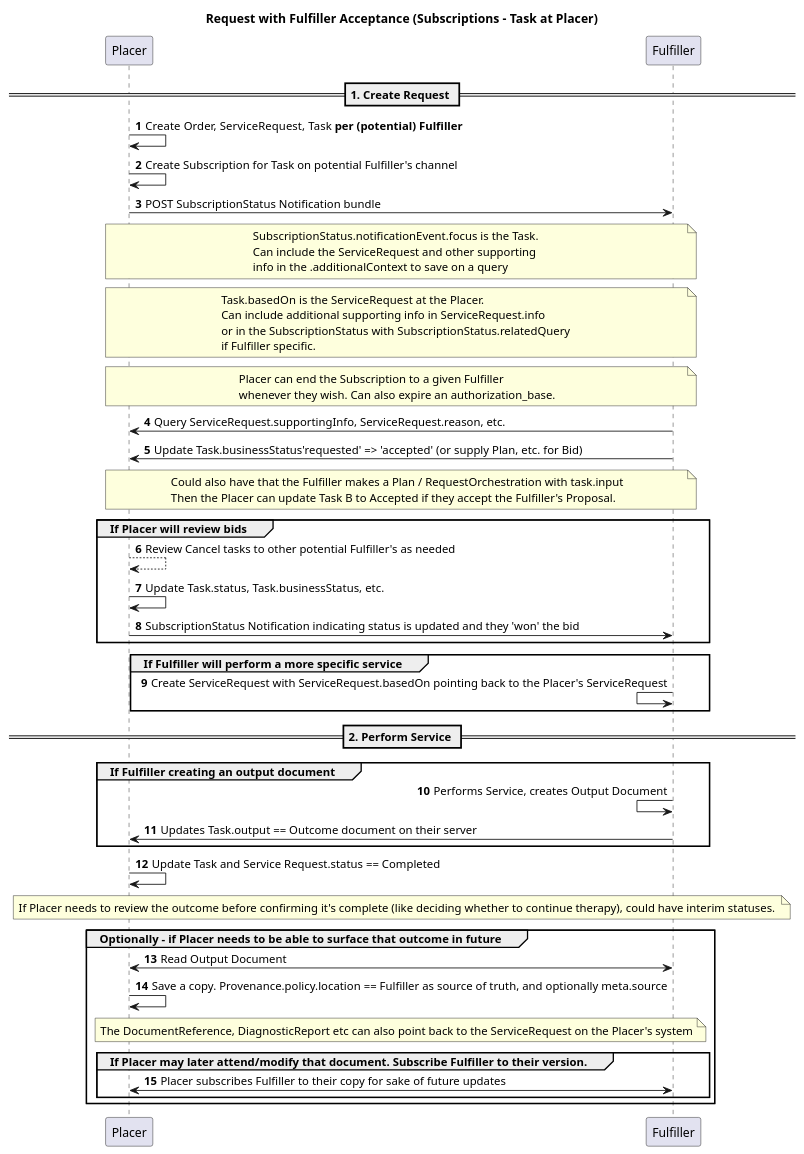
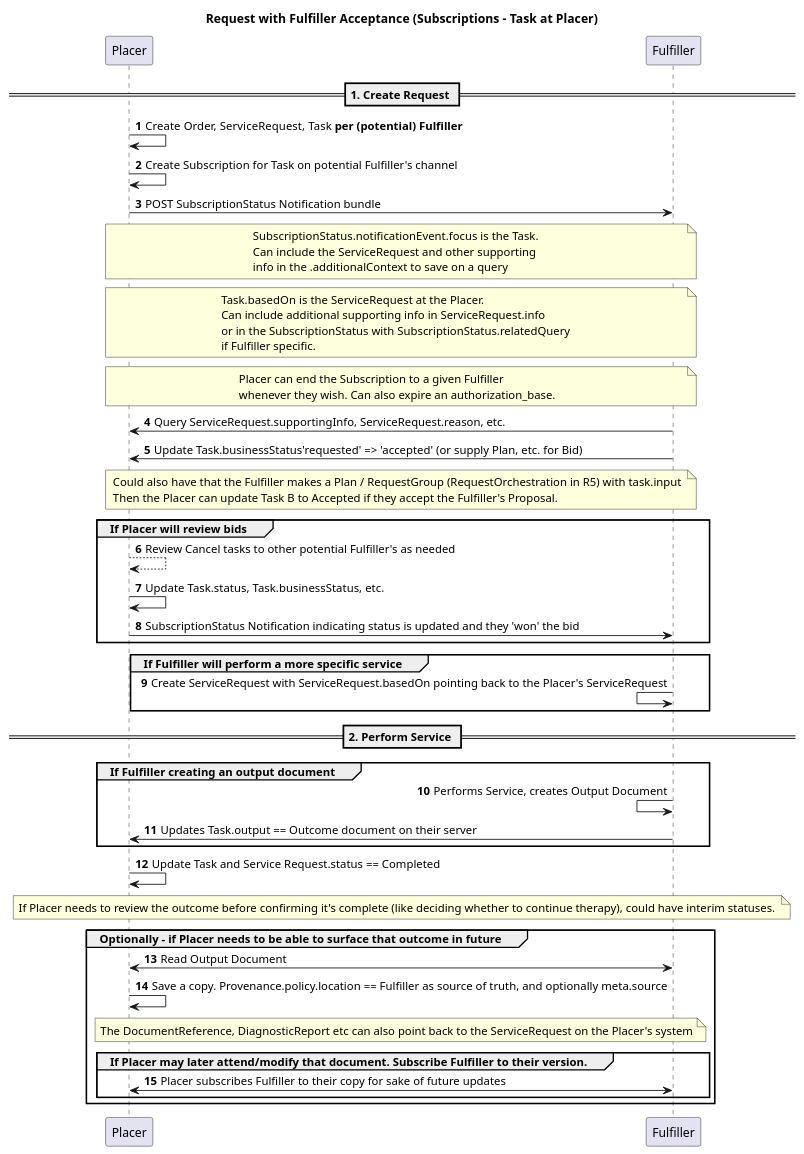
One commit to HL7/fhir-cow-ig changed the diagram in input/images-source/request-fulfiller-subscriptions-task-at-placer.plantuml. Above: the diagram before and after it, drawn with PlantUML. The commit also changed 3 other files, not shown here.

First line of the commit message:
FHIR-50309: use of RequestOrchestration

```diff
--- a/input/images-source/request-fulfiller-subscriptions-task-at-placer.plantuml
+++ b/input/images-source/request-fulfiller-subscriptions-task-at-placer.plantuml
@@ -1,69 +1,69 @@
 @startuml
 skinparam svgDimensionStyle false
 autonumber
 skinparam svgDimensionStyle false
 title Request with Fulfiller Acceptance (Subscriptions - Task at Placer)
 == 1. Create Request ==
     Placer -> Placer: Create Order, ServiceRequest, Task **per (potential) Fulfiller**
     Placer -> Placer: Create Subscription for Task on potential Fulfiller's channel
     Placer -> Fulfiller: POST SubscriptionStatus Notification bundle 
     
     note over Placer, Fulfiller
     SubscriptionStatus.notificationEvent.focus is the Task. 
     Can include the ServiceRequest and other supporting
     info in the .additionalContext to save on a query
     endnote
 
     note over Placer, Fulfiller
     Task.basedOn is the ServiceRequest at the Placer. 
     Can include additional supporting info in ServiceRequest.info 
     or in the SubscriptionStatus with SubscriptionStatus.relatedQuery 
     if Fulfiller specific.
     endnote
 
     note over Placer, Fulfiller
     Placer can end the Subscription to a given Fulfiller
     whenever they wish. Can also expire an authorization_base.
     endnote
 
     Fulfiller -> Placer: Query ServiceRequest.supportingInfo, ServiceRequest.reason, etc.
     Fulfiller -> Placer: Update Task.businessStatus'requested' => 'accepted' (or supply Plan, etc. for Bid)
     
     note over Placer, Fulfiller
-    Could also have that the Fulfiller makes a Plan / RequestOrchestration with task.input
+    Could also have that the Fulfiller makes a Plan / RequestGroup (RequestOrchestration in R5) with task.input
     Then the Placer can update Task B to Accepted if they accept the Fulfiller's Proposal. 
     endnote
 
 group If Placer will review bids 
     Placer --> Placer: Review Cancel tasks to other potential Fulfiller's as needed
     Placer -> Placer: Update Task.status, Task.businessStatus, etc.
     Placer -> Fulfiller: SubscriptionStatus Notification indicating status is updated and they 'won' the bid
     end 
 
 group If Fulfiller will perform a more specific service
     Fulfiller <- Fulfiller: Create ServiceRequest with ServiceRequest.basedOn pointing back to the Placer's ServiceRequest
     end
 
 == 2. Perform Service == 
 
 group If Fulfiller creating an output document
     Fulfiller <- Fulfiller: Performs Service, creates Output Document
     Fulfiller -> Placer: Updates Task.output == Outcome document on their server
     end
 
 Placer -> Placer: Update Task and Service Request.status == Completed
     note over Placer, Fulfiller
     If Placer needs to review the outcome before confirming it's complete (like deciding whether to continue therapy), could have interim statuses. 
     endnote
     
 group Optionally - if Placer needs to be able to surface that outcome in future
     Placer <-> Fulfiller: Read Output Document
     Placer -> Placer: Save a copy. Provenance.policy.location == Fulfiller as source of truth, and optionally meta.source 
     note over Placer, Fulfiller
     The DocumentReference, DiagnosticReport etc can also point back to the ServiceRequest on the Placer's system
     endnote
     group If Placer may later attend/modify that document. Subscribe Fulfiller to their version.
     Placer <-> Fulfiller: Placer subscribes Fulfiller to their copy for sake of future updates
     end
     end
 @enduml
```
